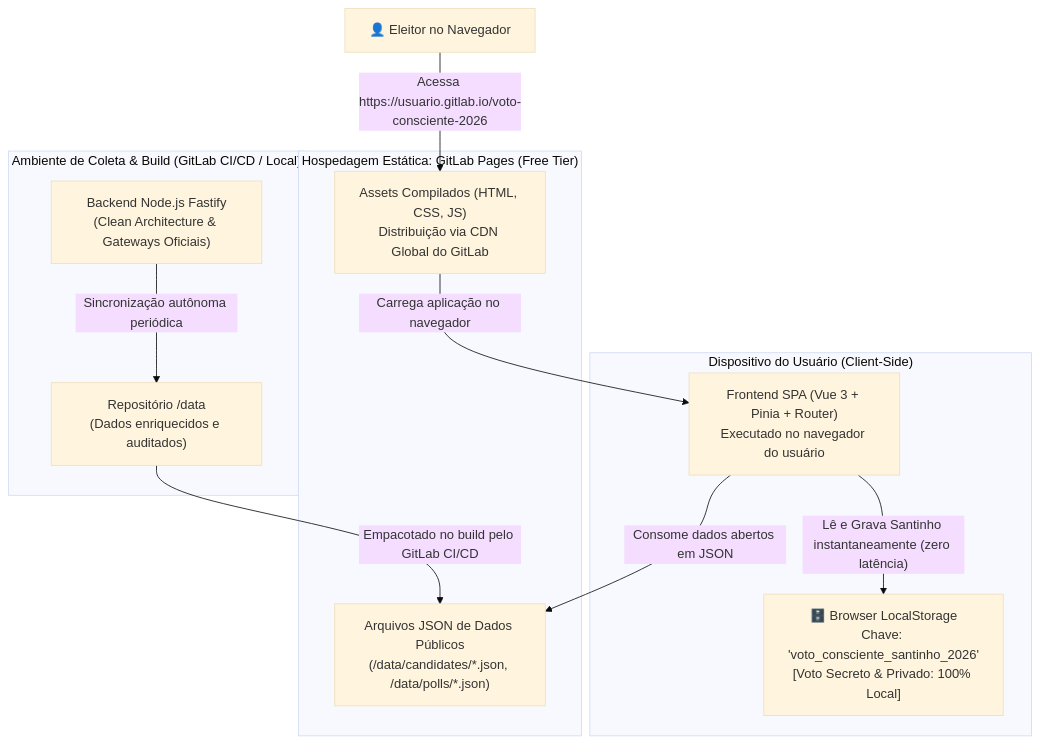
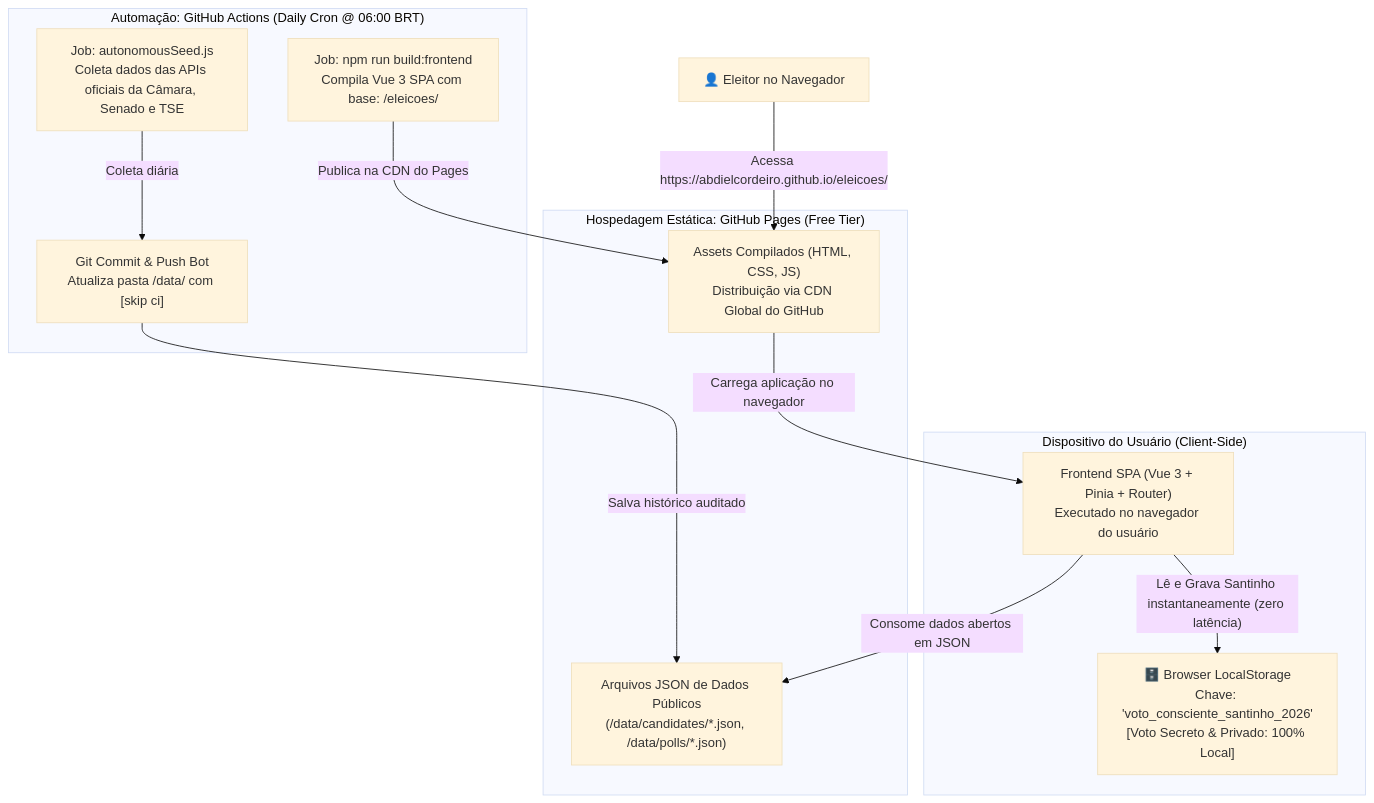
Before and after one commit to abdielcordeiro/eleicoes: the second of 4 diagrams in docs/architecture/01-SYSTEM-DESIGN-C4.md, drawn with Mermaid (base theme). The commit also changed other lines of this file and 5 other files, not shown here.

Commit message:
feat: configurar GitHub Actions com cron diário de coleta e deploy no GitHub Pages

````diff
--- a/docs/architecture/01-SYSTEM-DESIGN-C4.md
+++ b/docs/architecture/01-SYSTEM-DESIGN-C4.md
@@ -49,26 +49,29 @@
 ```mermaid
 flowchart TB
     User["👤 Eleitor no Navegador"]
 
     subgraph ClientBrowser["Dispositivo do Usuário (Client-Side)"]
         SPA["Frontend SPA (Vue 3 + Pinia + Router)\nExecutado no navegador do usuário"]
         LocalStorage["🗄️ Browser LocalStorage\nChave: 'voto_consciente_santinho_2026'\n[Voto Secreto & Privado: 100% Local]"]
     end
 
-    subgraph HostingGitLab["Hospedagem Estática: GitLab Pages (Free Tier)"]
-        StaticAssets["Assets Compilados (HTML, CSS, JS)\nDistribuição via CDN Global do GitLab"]
+    subgraph HostingGitHub["Hospedagem Estática: GitHub Pages (Free Tier)"]
+        StaticAssets["Assets Compilados (HTML, CSS, JS)\nDistribuição via CDN Global do GitHub"]
         StaticData["Arquivos JSON de Dados Públicos\n(/data/candidates/*.json, /data/polls/*.json)"]
     end
 
-    subgraph DevAndSync["Ambiente de Coleta & Build (GitLab CI/CD / Local)"]
-        FastifyBackend["Backend Node.js Fastify\n(Clean Architecture & Gateways Oficiais)"]
-        DataFolder["Repositório /data\n(Dados enriquecidos e auditados)"]
+    subgraph GitHubAutomation["Automação: GitHub Actions (Daily Cron @ 06:00 BRT)"]
+        SyncJob["Job: autonomousSeed.js\nColeta dados das APIs oficiais da Câmara, Senado e TSE"]
+        CommitStep["Git Commit & Push Bot\nAtualiza pasta /data/ com [skip ci]"]
+        BuildStep["Job: npm run build:frontend\nCompila Vue 3 SPA com base: /eleicoes/"]
     end
 
-    User -->|"Acessa https://usuario.gitlab.io/voto-consciente-2026"| StaticAssets
+    User -->|"Acessa https://abdielcordeiro.github.io/eleicoes/"| StaticAssets
     StaticAssets -->|"Carrega aplicação no navegador"| SPA
     SPA -->|"Lê e Grava Santinho instantaneamente (zero latência)"| LocalStorage
     SPA -->|"Consome dados abertos em JSON"| StaticData
-    FastifyBackend -->|"Sincronização autônoma periódica"| DataFolder
-    DataFolder -->|"Empacotado no build pelo GitLab CI/CD"| StaticData
+    
+    SyncJob -->|"Coleta diária"| CommitStep
+    CommitStep -->|"Salva histórico auditado"| StaticData
+    BuildStep -->|"Publica na CDN do Pages"| StaticAssets
 ```
````
